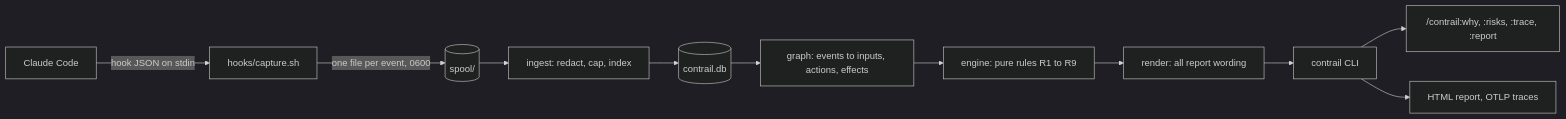
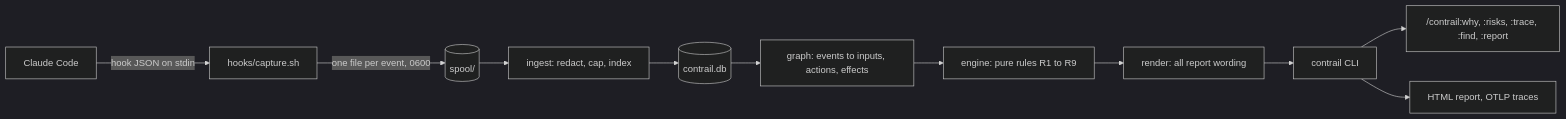
The diagram in README.md (levimackay/contrail), drawn with Mermaid (dark theme) before and after one commit. The commit also changed other lines of this file and 1 other file, not shown here.

Commit message:
Document contrail find and /contrail:find

````diff
--- a/README.md
+++ b/README.md
@@ -271,13 +293,13 @@
 ```mermaid
 flowchart LR
   CC[Claude Code] -- hook JSON on stdin --> CAP[hooks/capture.sh]
   CAP -- one file per event, 0600 --> SPOOL[(spool/)]
   SPOOL --> ING[ingest: redact, cap, index]
   ING --> DB[(contrail.db)]
   DB --> G[graph: events to inputs, actions, effects]
   G --> E[engine: pure rules R1 to R9]
   E --> R[render: all report wording]
   R --> CLI[contrail CLI]
-  CLI --> SK["/contrail:why, :risks, :trace, :report"]
+  CLI --> SK["/contrail:why, :risks, :trace, :find, :report"]
   CLI --> OUT["HTML report, OTLP traces"]
 ```
````
